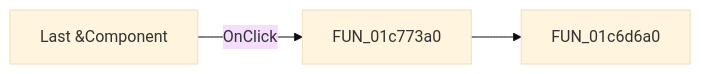
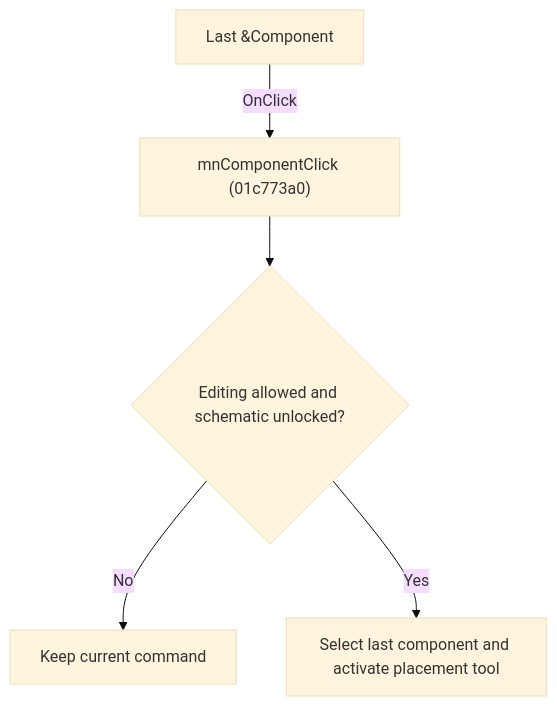
One commit to MovGP0/TIARA changed the diagram in docs/ui-controls/schematiceditor/mncomponent-ba51b7ea0f.md. Above: the diagram before and after it, drawn with Mermaid (base theme). The commit also changed other lines of this file and 1062 other files, not shown here.

````diff
--- a/docs/ui-controls/schematiceditor/mncomponent-ba51b7ea0f.md
+++ b/docs/ui-controls/schematiceditor/mncomponent-ba51b7ea0f.md
@@ -27,5 +27,7 @@
 ```mermaid
-flowchart LR
-    control["Last &Component"] -->|OnClick| handler["FUN_01c773a0"]
-    handler --> call1["FUN_01c6d6a0"]
+flowchart TD
+    control["Last &Component"] -->|"OnClick"| handler["mnComponentClick (01c773a0)"]
+    handler --> guard{"Editing allowed and schematic unlocked?"}
+    guard -->|"No"| noChange["Keep current command"]
+    guard -->|"Yes"| action["Select last component and activate placement tool"]
 ```
````
